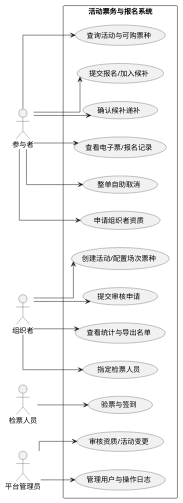
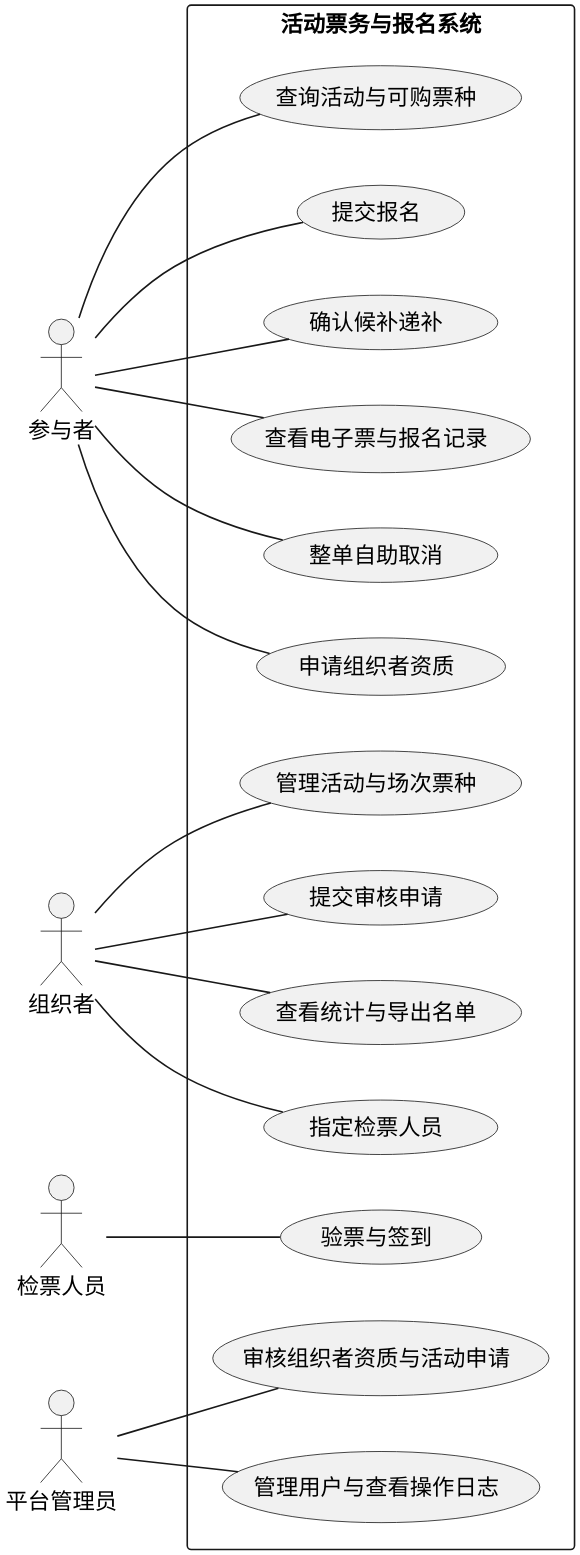
One commit to 12245a/software-engineering-labs changed the diagram in UML/UML用例图.puml. Above: the diagram before and after it, drawn with PlantUML. The commit also changed 15 other files, not shown here.

Commit message:
实验二：人工修改 UML 图并导出 PNG

```diff
--- a/UML/UML用例图.puml
+++ b/UML/UML用例图.puml
@@ -1,41 +1,46 @@
 @startuml
+skinparam dpi 300
 left to right direction
-skinparam shadowing false
-skinparam packageStyle rectangle
-skinparam linetype ortho
 
 actor "参与者" as Visitor
 actor "组织者" as Organizer
 actor "检票人员" as Checker
 actor "平台管理员" as Admin
 
 rectangle "活动票务与报名系统" {
   (查询活动与可购票种) as Search
-  (提交报名/加入候补) as Register
+  (提交报名) as Register
   (确认候补递补) as Confirm
-  (查看电子票/报名记录) as MyTickets
+  (查看电子票与报名记录) as MyTickets
   (整单自助取消) as CancelSelf
   (申请组织者资质) as Qualification
-  (创建活动/配置场次票种) as Manage
+
+  (管理活动与场次票种) as Manage
   (提交审核申请) as Submit
   (查看统计与导出名单) as Statistics
   (指定检票人员) as Assign
+
   (验票与签到) as Checkin
-  (审核资质/活动变更) as Review
-  (管理用户与操作日志) as SystemAdmin
+
+  (审核组织者资质与活动申请) as Review
+  (管理用户与查看操作日志) as SystemAdmin
 }
-Visitor --> Search
-Visitor --> Register
-Visitor --> Confirm
-Visitor --> MyTickets
-Visitor --> CancelSelf
-Visitor --> Qualification
-Organizer --> Manage
-Organizer --> Submit
-Organizer --> Statistics
-Organizer --> Assign
-Checker --> Checkin
-Admin --> Review
-Admin --> SystemAdmin
+
+Visitor -- Search
+Visitor -- Register
+Visitor -- Confirm
+Visitor -- MyTickets
+Visitor -- CancelSelf
+Visitor -- Qualification
+
+Organizer -- Manage
+Organizer -- Submit
+Organizer -- Statistics
+Organizer -- Assign
+
+Checker -- Checkin
+
+Admin -- Review
+Admin -- SystemAdmin
 
 @enduml
```
